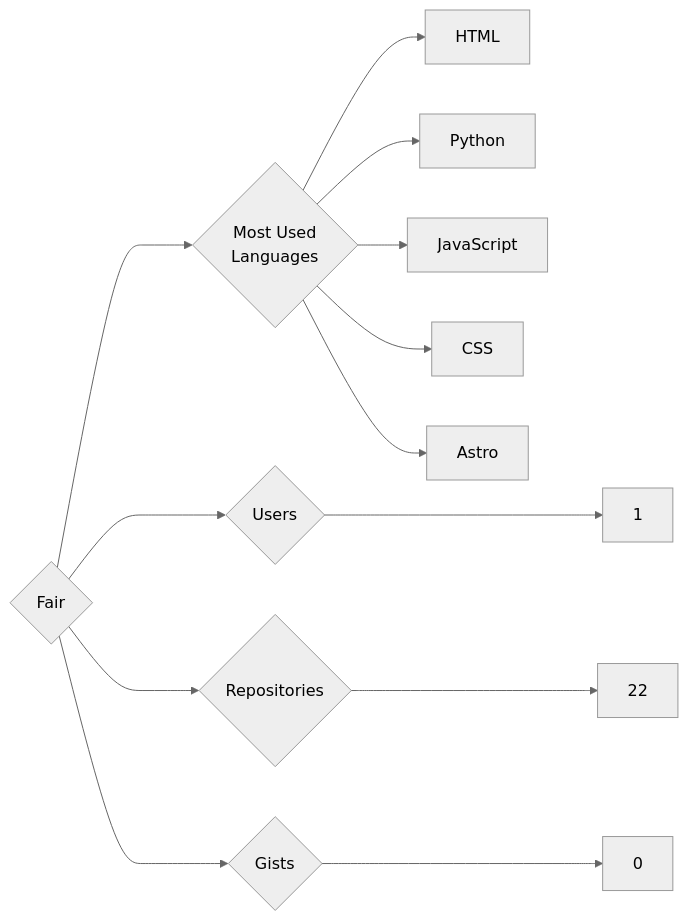
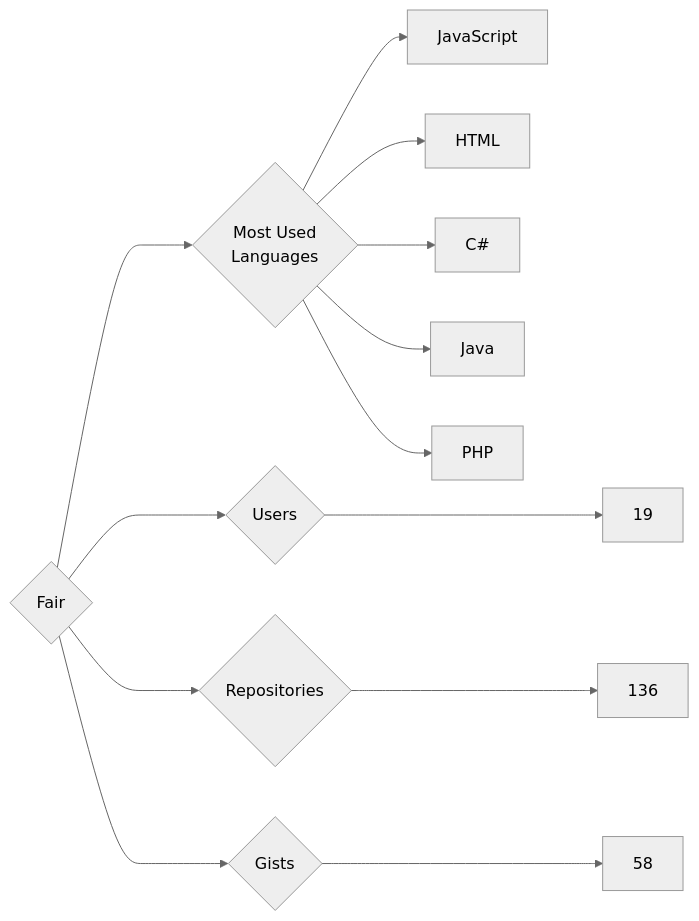
One commit to trickest/insiders changed the diagram in targets/Fair/README.md. Above: the diagram before and after it, drawn with Mermaid (neutral theme). The commit also changed 984 other files, not shown here.

````diff
--- a/targets/Fair/README.md
+++ b/targets/Fair/README.md
@@ -3,13 +3,13 @@
 ```mermaid
 graph LR
 COMPANY_NAME{Fair}
-COMPANY_NAME ---> U{Users} ---> UN[1]
-COMPANY_NAME ---> R{Repositories} ---> RN[22]
-COMPANY_NAME ---> G{Gists} ---> GN[0]
+COMPANY_NAME ---> U{Users} ---> UN[19]
+COMPANY_NAME ---> R{Repositories} ---> RN[136]
+COMPANY_NAME ---> G{Gists} ---> GN[58]
 COMPANY_NAME ---> ML{Most Used<br>Languages}
+ML --> JavaScript[JavaScript]
 ML --> HTML[HTML]
-ML --> Python[Python]
-ML --> JavaScript[JavaScript]
-ML --> CSS[CSS]
-ML --> Astro[Astro]
+ML --> C#[C#]
+ML --> Java[Java]
+ML --> PHP[PHP]
 ```
````
